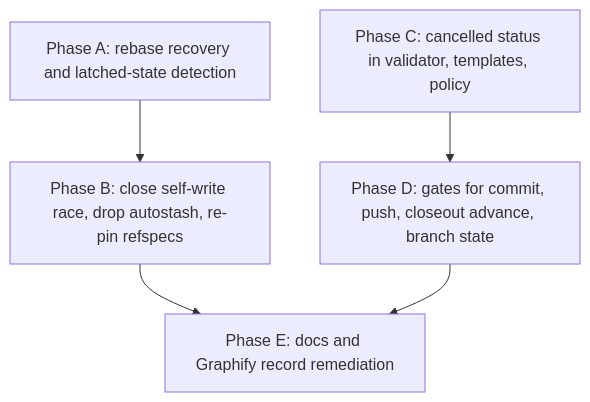
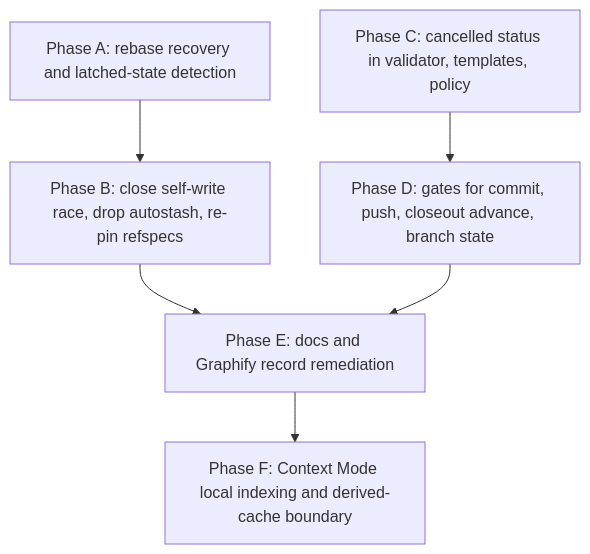
The diagram in plans/state-sync-recovery-and-plan-cancellation.md (Ghisso/github_copilot_bootstrap), drawn with Mermaid before and after one commit. The commit also changed other lines of this file and 7 other files, not shown here.

````diff
--- a/plans/state-sync-recovery-and-plan-cancellation.md
+++ b/plans/state-sync-recovery-and-plan-cancellation.md
@@ -222,7 +295,8 @@
 ```mermaid
 flowchart TD
     A["Phase A: rebase recovery and latched-state detection"] --> B["Phase B: close self-write race, drop autostash, re-pin refspecs"]
     C["Phase C: cancelled status in validator, templates, policy"] --> D["Phase D: gates for commit, push, closeout advance, branch state"]
     B --> E["Phase E: docs and Graphify record remediation"]
     D --> E
+    E --> F["Phase F: Context Mode local indexing and derived-cache boundary"]
 ```
````
